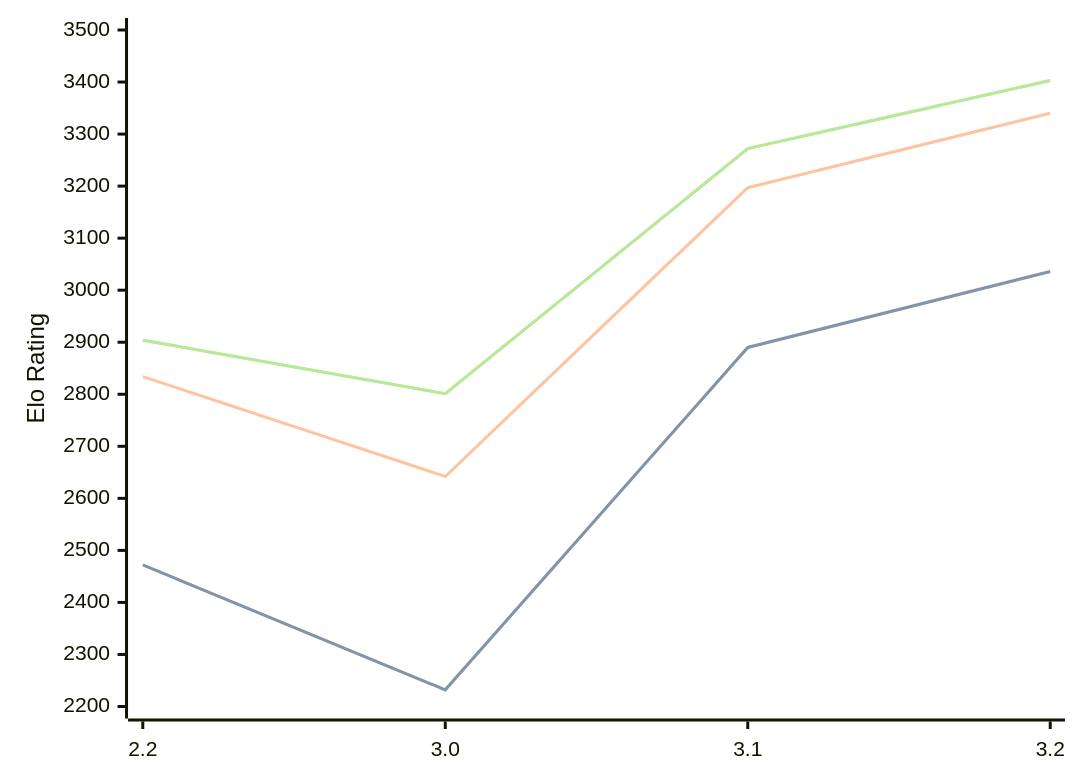
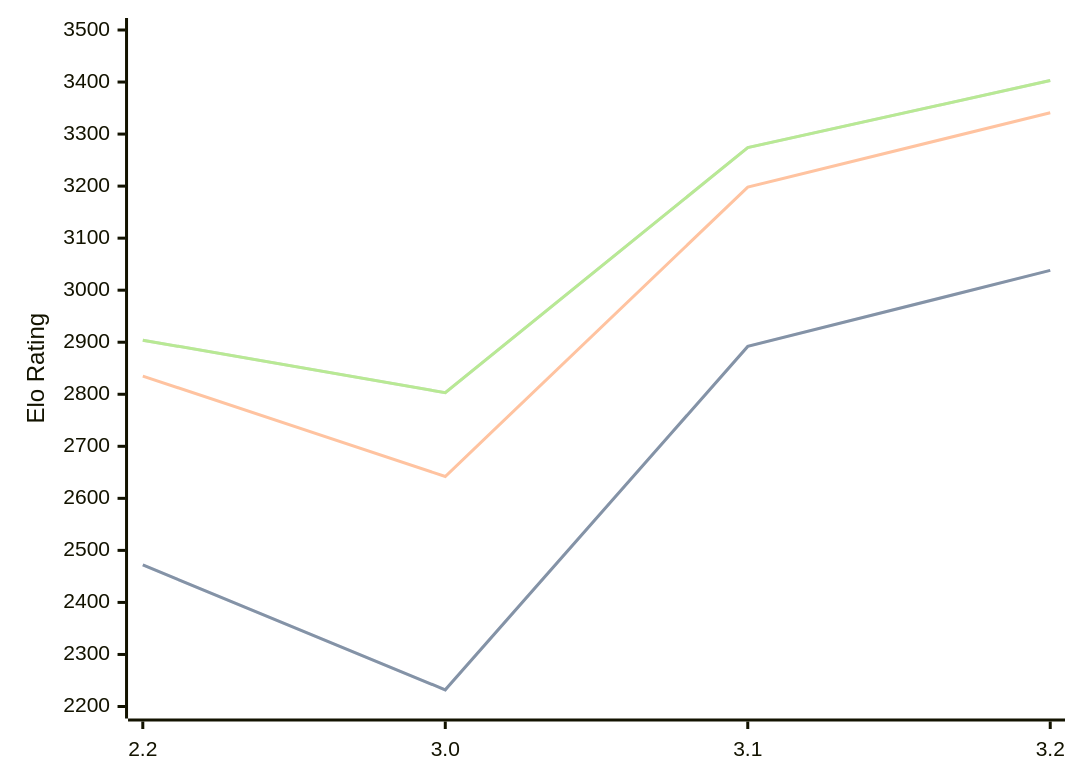
The diagram in engines/Thrawn.md (computer-chess-index/cci), drawn with Mermaid before and after one commit. The commit also changed other lines of this file, not shown here.

Commit message:
Update CCI Ratings (ELO VLTC) - 2026-09-16

````diff
--- a/engines/Thrawn.md
+++ b/engines/Thrawn.md
@@ -34,11 +34,11 @@
 ```mermaid
 %%{init: {"theme":"base","themeVariables":{"seriesColors:['#a3a3a3','#222221','#faa371']}}}%%
 xychart-beta
   x-axis ["2.2", "3.0", "3.1", "3.2"]
   y-axis "Elo Rating" 2200 --> 3500
-  line "" [2472, 2232, 2890, 3036]
-  line "STC (8.0+0.08s)" [2472, 2232, 2890, 3036]
-  line "LTC (60.0+0.60s)" [2834, 2642, 3197, 3340]
-  line "" [2904, 2801, 3272, 3403]
-  line "VLTC (2m24s+1.12s)" [2904, 2801, 3272, 3403]
+  line "" [2472, 2232, 2892, 3038]
+  line "STC (8.0+0.08s)" [2472, 2232, 2892, 3038]
+  line "LTC (60.0+0.60s)" [2835, 2642, 3198, 3341]
+  line "" [2904, 2803, 3274, 3403]
+  line "VLTC (2m24s+1.12s)" [2904, 2803, 3274, 3403]
 ```
````
